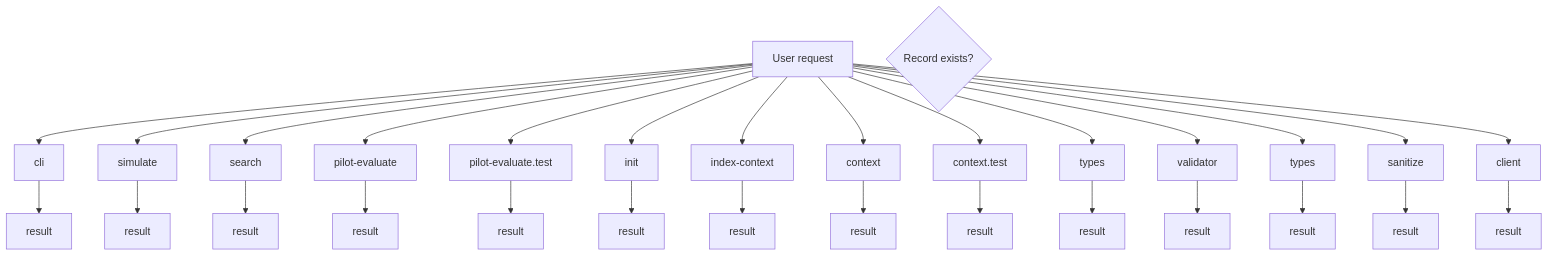
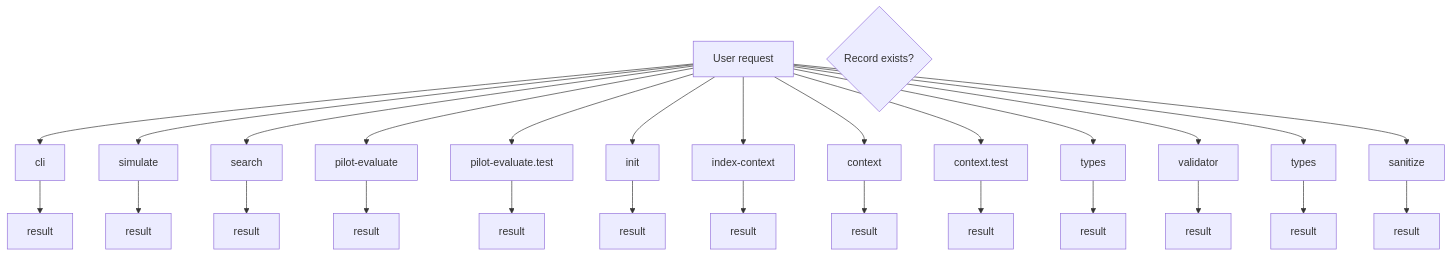
Before and after one commit to jscraik/coding-harness: the fourth of 10 diagrams in AI/context/diagram-context.md, drawn with Mermaid. The commit also changed other lines of this file and 9 other files, not shown here.

Commit message:
chore(diagrams): auto-refresh architecture diagrams

````diff
--- a/AI/context/diagram-context.md
+++ b/AI/context/diagram-context.md
@@ -208,49 +210,46 @@
 ```mermaid
 flowchart TD
   UserRequest["User request"]
   Decision{Record exists?}
   cli_99bb8840["cli"]
   UserRequest --> cli_99bb8840
   cli_99bb8840 --> cli_99bb8840_result["result"]
   simulate_b9efe395["simulate"]
   UserRequest --> simulate_b9efe395
   simulate_b9efe395 --> simulate_b9efe395_result["result"]
   search_24193290["search"]
   UserRequest --> search_24193290
   search_24193290 --> search_24193290_result["result"]
   pilot_evaluate_2045b1a1["pilot-evaluate"]
   UserRequest --> pilot_evaluate_2045b1a1
   pilot_evaluate_2045b1a1 --> pilot_evaluate_2045b1a1_result["result"]
   pilot_evaluate_test_a2ac06fc["pilot-evaluate.test"]
   UserRequest --> pilot_evaluate_test_a2ac06fc
   pilot_evaluate_test_a2ac06fc --> pilot_evaluate_test_a2ac06fc_result["result"]
   init_bb54068a["init"]
   UserRequest --> init_bb54068a
   init_bb54068a --> init_bb54068a_result["result"]
   index_context_de3ed39d["index-context"]
   UserRequest --> index_context_de3ed39d
   index_context_de3ed39d --> index_context_de3ed39d_result["result"]
   context_ea7792a2["context"]
   UserRequest --> context_ea7792a2
   context_ea7792a2 --> context_ea7792a2_result["result"]
   context_test_57aad306["context.test"]
   UserRequest --> context_test_57aad306
   context_test_57aad306 --> context_test_57aad306_result["result"]
   types_8d846022["types"]
   UserRequest --> types_8d846022
   types_8d846022 --> types_8d846022_result["result"]
   validator_1_0c0621d8["validator"]
   UserRequest --> validator_1_0c0621d8
   validator_1_0c0621d8 --> validator_1_0c0621d8_result["result"]
-  types_5_f869ec4b["types"]
-  UserRequest --> types_5_f869ec4b
-  types_5_f869ec4b --> types_5_f869ec4b_result["result"]
+  types_6_1818fb91["types"]
+  UserRequest --> types_6_1818fb91
+  types_6_1818fb91 --> types_6_1818fb91_result["result"]
   sanitize_af6a3bb0["sanitize"]
   UserRequest --> sanitize_af6a3bb0
   sanitize_af6a3bb0 --> sanitize_af6a3bb0_result["result"]
-  client_948fe603["client"]
-  UserRequest --> client_948fe603
-  client_948fe603 --> client_948fe603_result["result"]
   classDef dbNode fill:#0ea5e9,color:#fff
   classDef decisionNode fill:#0284c7,color:#fff
 ```
````
